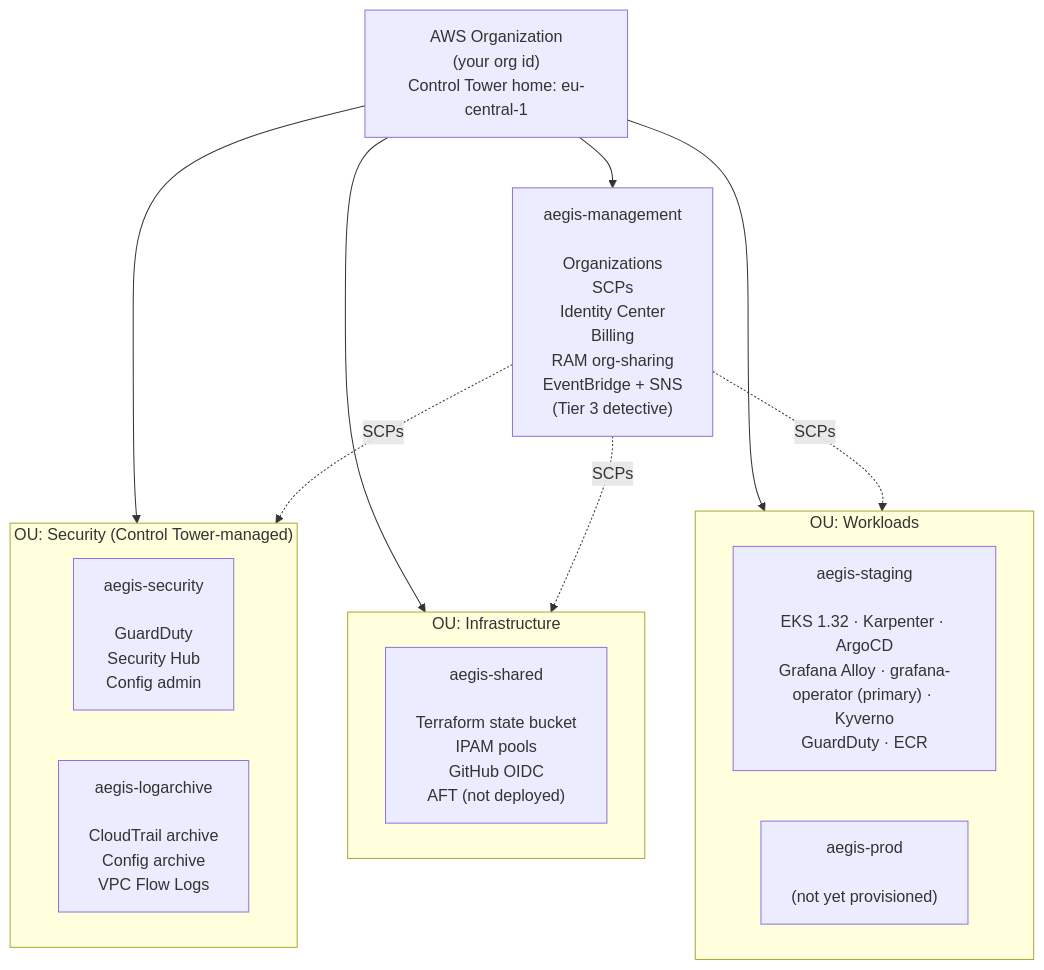
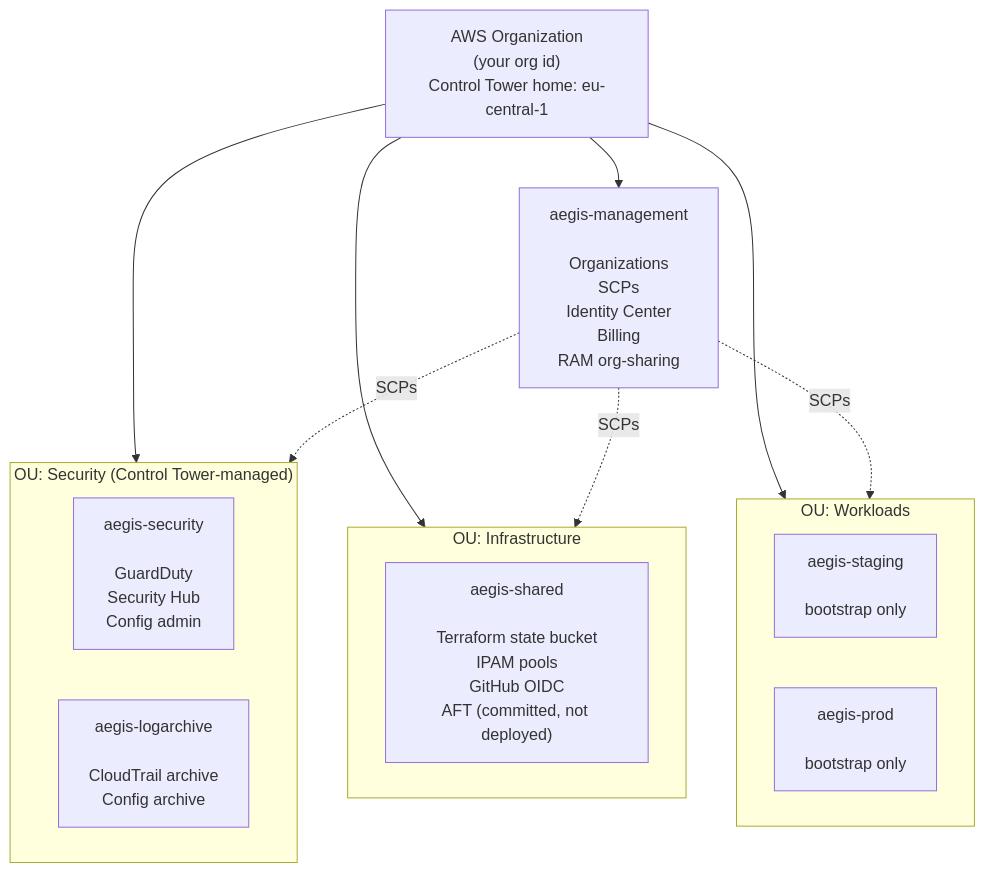
One commit to BinHsu/aegis-aws-landing-zone changed the first of 5 diagrams in docs/architecture.md. Above: the diagram before and after it, drawn with Mermaid. The commit also changed other lines of this file and 220 other files, not shown here.

````diff
--- a/docs/architecture.md
+++ b/docs/architecture.md
@@ -14,28 +16,28 @@
 ```mermaid
 flowchart TB
   Org["AWS Organization<br/>(your org id)<br/>Control Tower home: eu-central-1"]
 
-  Mgmt["aegis-management<br/><br/>Organizations<br/>SCPs<br/>Identity Center<br/>Billing<br/>RAM org-sharing<br/>EventBridge + SNS<br/>(Tier 3 detective)"]
+  Mgmt["aegis-management<br/><br/>Organizations<br/>SCPs<br/>Identity Center<br/>Billing<br/>RAM org-sharing"]
 
   subgraph Security["OU: Security (Control Tower-managed)"]
     Sec["aegis-security<br/><br/>GuardDuty<br/>Security Hub<br/>Config admin"]
-    Log["aegis-logarchive<br/><br/>CloudTrail archive<br/>Config archive<br/>VPC Flow Logs"]
+    Log["aegis-logarchive<br/><br/>CloudTrail archive<br/>Config archive"]
   end
 
   subgraph Infra["OU: Infrastructure"]
-    Shared["aegis-shared<br/><br/>Terraform state bucket<br/>IPAM pools<br/>GitHub OIDC<br/>AFT (not deployed)"]
+    Shared["aegis-shared<br/><br/>Terraform state bucket<br/>IPAM pools<br/>GitHub OIDC<br/>AFT (committed, not deployed)"]
   end
 
   subgraph Work["OU: Workloads"]
-    Stg["aegis-staging<br/><br/>EKS 1.32 · Karpenter · ArgoCD<br/>Grafana Alloy · grafana-operator (primary) · Kyverno<br/>GuardDuty · ECR"]
-    Prd["aegis-prod<br/><br/>(not yet provisioned)"]
+    Stg["aegis-staging<br/><br/>bootstrap only"]
+    Prd["aegis-prod<br/><br/>bootstrap only"]
   end
 
   Org --> Mgmt
   Org --> Security
   Org --> Infra
   Org --> Work
   Mgmt -. SCPs .-> Security
   Mgmt -. SCPs .-> Infra
   Mgmt -. SCPs .-> Work
 ```
````
